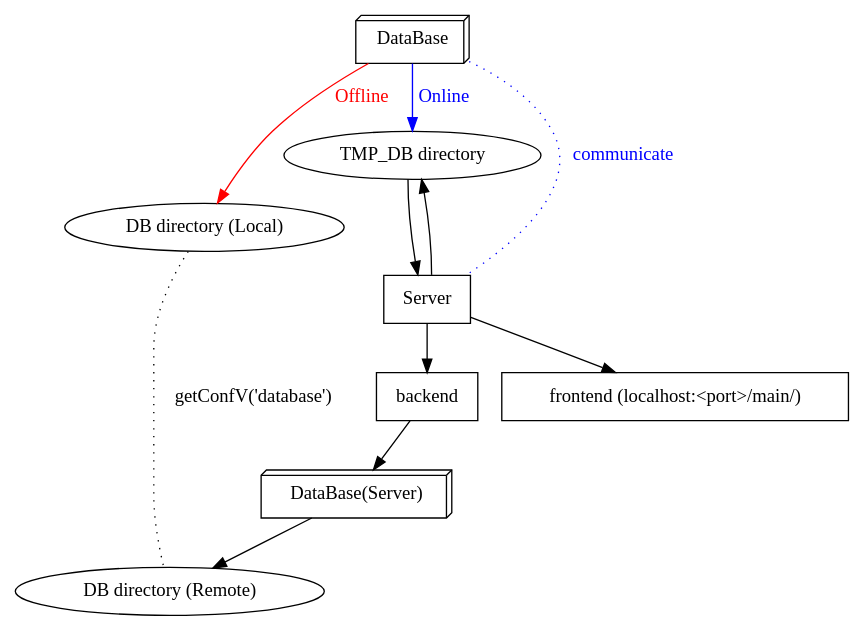
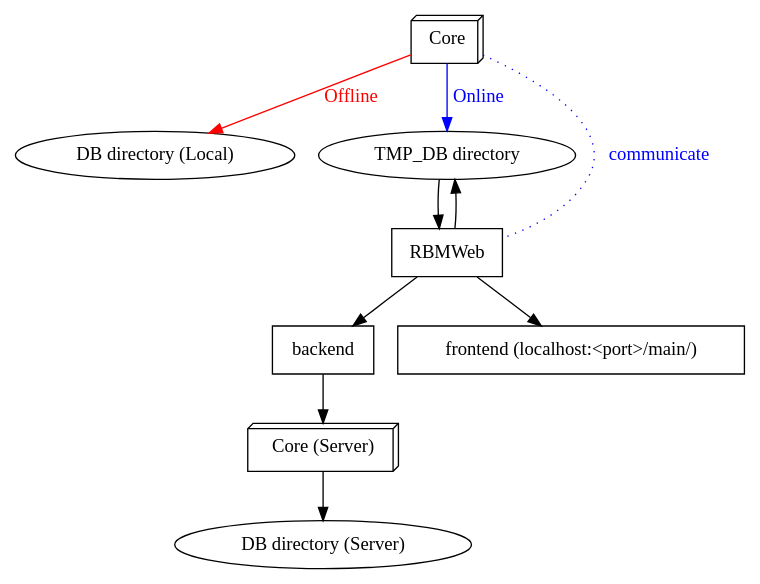
Before and after one commit to MenxLi/Lires: the second of 2 diagrams in 开发说明.md, drawn with Graphviz.

Commit message:
doc: update graph

````diff
--- a/开发说明.md
+++ b/开发说明.md
@@ -60,28 +60,28 @@
 ```dot
 digraph FileGraph{
     node [shape=box]
     compound=true
-    DataBase [shape=box3d]
-    "DataBase(Server)" [shape=box3d]
-    "DB directory (Remote)" [shape=oval]
+    "Core" [shape=box3d]
+    "Core (Server)" [shape=box3d]
+    "DB directory (Server)" [shape=oval]
     "DB directory (Local)" [shape=oval]
     "TMP_DB directory" [shape=oval]
 
     subgraph Online{
-        Server -> backend -> "DataBase(Server)" -> "DB directory (Remote)"
-        DataBase -> "TMP_DB directory" [label="Online", color=blue, fontcolor=blue]
-        DataBase -> Server [dir=none, style=dotted, label="communicate", color=blue, fontcolor=blue]
-        Server -> "TMP_DB directory"
-        "TMP_DB directory" -> Server
-        Server -> "frontend (localhost:<port>/main/)"
+        RBMWeb -> backend -> "Core (Server)" -> "DB directory (Server)"
+        Core -> "TMP_DB directory" [label="Online", color=blue, fontcolor=blue]
+        Core -> RBMWeb [dir=none, style=dotted, label="communicate", color=blue, fontcolor=blue]
+        RBMWeb -> "TMP_DB directory"
+        "TMP_DB directory" -> RBMWeb
+        RBMWeb -> "frontend (localhost:<port>/main/)"
     }
 
     subgraph Offline{
         edge [color=red fontcolor=red]
-        DataBase -> "DB directory (Local)" [label="Offline"]
+        Core -> "DB directory (Local)" [label="Offline"]
 
     }
 
-    "DB directory (Local)" -> "DB directory (Remote)" [dir=none, style=dotted, label="getConfV('database')"]
+    # "DB directory (Local)" -> "DB directory (Server)" [dir=none, style=dotted, label="getConfV('database')"]
 }
 ```
````
